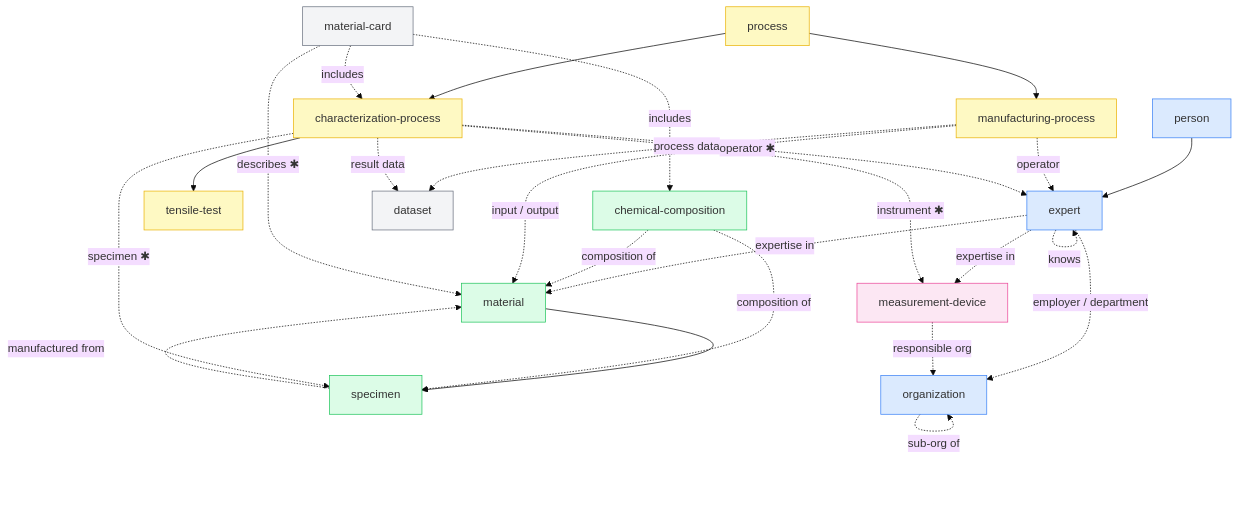
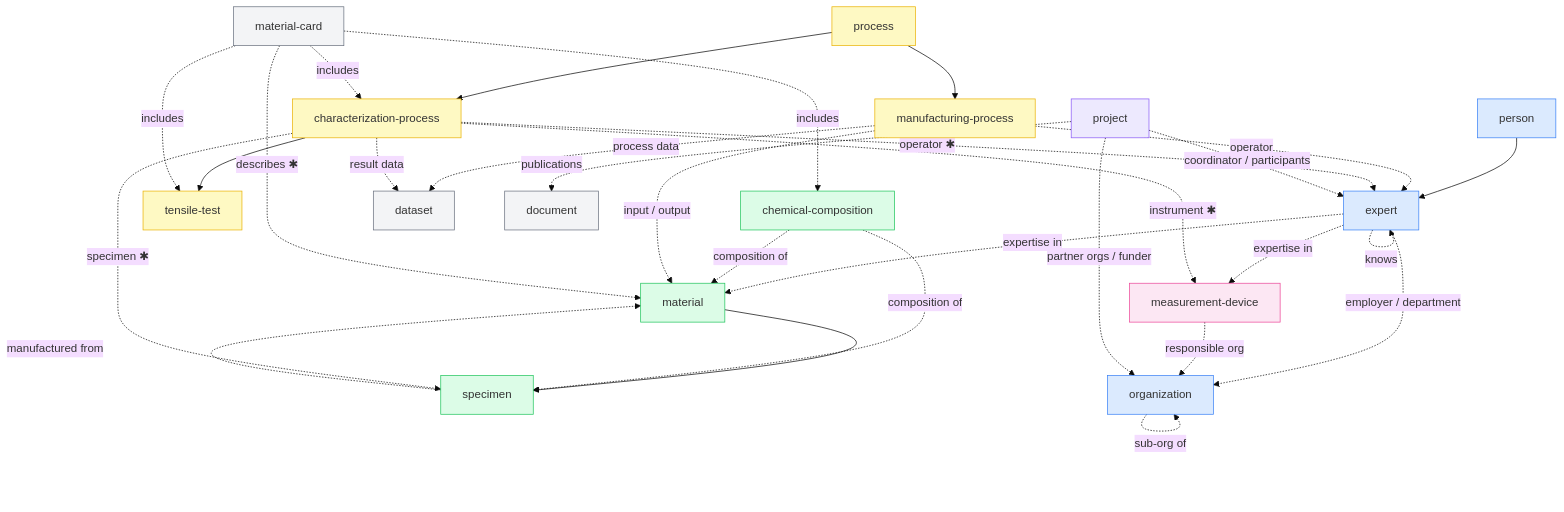
Before and after one commit to semantic-dataspace/knowledge-types: the diagram in CATALOG.md, drawn with Mermaid (base theme). The commit also changed other lines of this file and 13 other files, not shown here.

````diff
--- a/CATALOG.md
+++ b/CATALOG.md
@@ -7,43 +7,49 @@
 ```mermaid
 graph TD
   %% ── Inheritance ──────────────────────────────────────────────
   person --> expert
   process --> manufacturing-process
   process --> characterization-process
   characterization-process --> tensile-test
   material --> specimen
 
   %% ── Relations (dashed) ───────────────────────────────────────
   expert        -.->|employer / department| organization
   expert        -.->|knows| expert
   expert        -.->|expertise in| material
   expert        -.->|expertise in| measurement-device
   organization  -.->|sub-org of| organization
   specimen      -.->|manufactured from| material
   chemical-composition -.->|composition of| material
   chemical-composition -.->|composition of| specimen
   measurement-device   -.->|responsible org| organization
   manufacturing-process -.->|operator| expert
   manufacturing-process -.->|input / output| material
   manufacturing-process -.->|process data| dataset
   characterization-process -.->|operator ✱| expert
   characterization-process -.->|instrument ✱| measurement-device
   characterization-process -.->|specimen ✱| specimen
   characterization-process -.->|result data| dataset
   material-card -.->|describes ✱| material
   material-card -.->|includes| characterization-process
+  material-card -.->|includes| tensile-test
   material-card -.->|includes| chemical-composition
+  project -.->|coordinator / participants| expert
+  project -.->|partner orgs / funder| organization
+  project -.->|publications| document
 
   %% ── Styling ──────────────────────────────────────────────────
   classDef agent      fill:#dbeafe,stroke:#3b82f6
   classDef material   fill:#dcfce7,stroke:#22c55e
   classDef process    fill:#fef9c3,stroke:#eab308
   classDef equipment  fill:#fce7f3,stroke:#ec4899
   classDef data       fill:#f3f4f6,stroke:#6b7280
+  classDef research   fill:#ede9fe,stroke:#8b5cf6
 
   class person,expert,organization agent
   class material,specimen,chemical-composition material
   class process,manufacturing-process,characterization-process,tensile-test process
   class measurement-device equipment
   class dataset,document,app,material-card data
+  class project research
 ```
````
